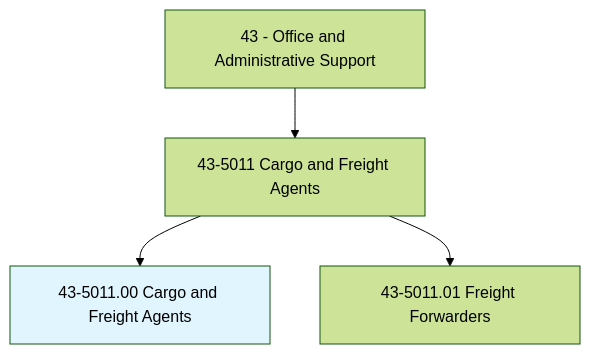
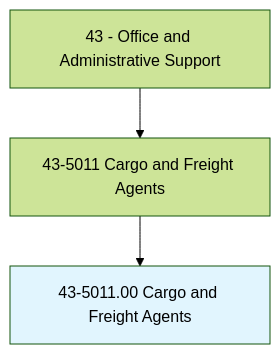
Before and after one commit to kziemski/business.org.ai: the first of 4 diagrams in occupations/Administrative/CargoAndFreightAgents.mdx, drawn with Mermaid (forest theme). The commit also changed other lines of this file and 938 other files, not shown here.

````diff
--- a/occupations/Administrative/CargoAndFreightAgents.mdx
+++ b/occupations/Administrative/CargoAndFreightAgents.mdx
@@ -19,7 +23,6 @@
 ```mermaid
 graph TD
     Cat43["43 - Office and Administrative Support"] --> Group435011["43-5011 Cargo and Freight Agents"]
     Group435011 --> Current["43-5011.00 Cargo and Freight Agents"]
     style Current fill:#e1f5fe
-    Group435011 --> V43501101["43-5011.01 Freight Forwarders"]
 ```
````
